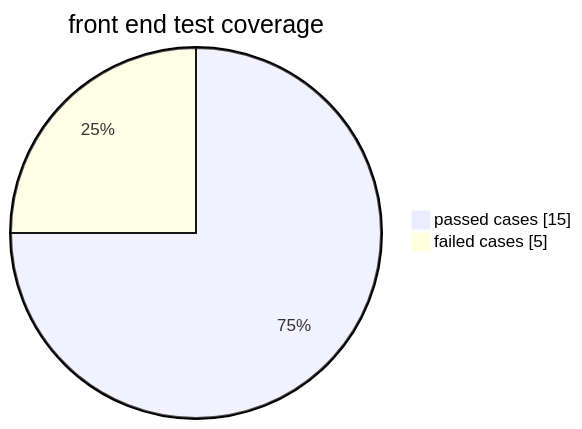
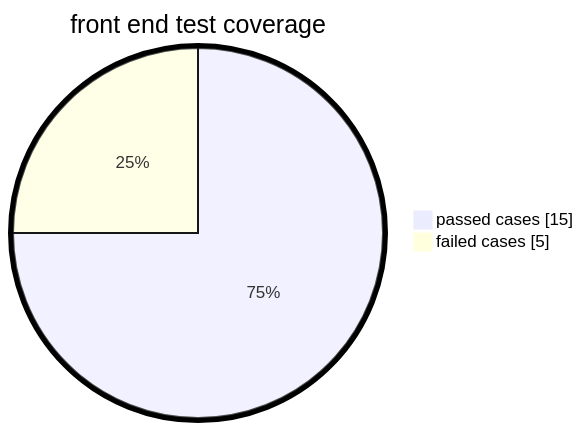
The second of 2 diagrams in README.md (raja-parikchhit/raja-parikchhit), drawn with Mermaid before and after one commit.

`````diff
--- a/README.md
+++ b/README.md
@@ -33,6 +33,7 @@
 ```mermaid
+%%{init: {"pie": {"textPosition": 0.5}, "themeVariables": {"pieOuterStrokeWidth": "5px"}}}%%
       pie showData
       title front end test coverage
       "passed cases": 15
       "failed cases" : 5
 ````       
`````
